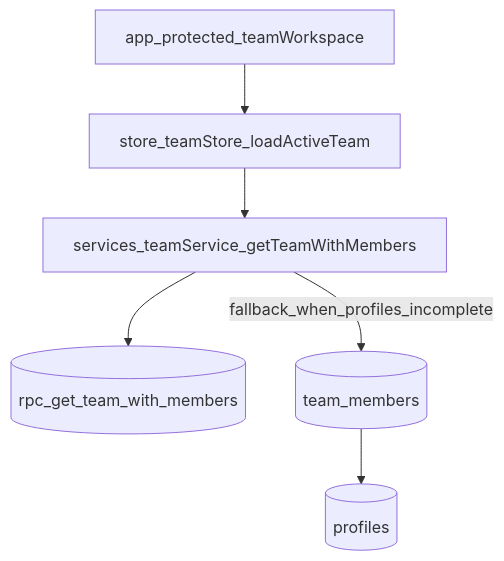
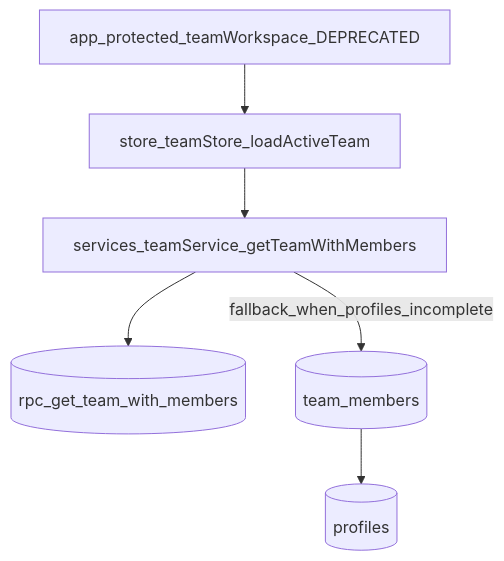
One commit to ilieBeracha/reticleapp changed diagram 11 of 13 in docs/data-flow-map.md. Above: the diagram before and after it, drawn with Mermaid. The commit also changed other lines of this file and 3 other files, not shown here.

Commit message:
Refactor: Consolidate team workspace into Team tab

````diff
--- a/docs/data-flow-map.md
+++ b/docs/data-flow-map.md
@@ -100,8 +118,8 @@
 ```mermaid
 flowchart TD
-  TeamWorkspace[app_protected_teamWorkspace] --> teamStoreActive[store_teamStore_loadActiveTeam]
+  TeamWorkspace[app_protected_teamWorkspace_DEPRECATED] --> teamStoreActive[store_teamStore_loadActiveTeam]
   teamStoreActive --> rpcTeamWithMembers[services_teamService_getTeamWithMembers]
   rpcTeamWithMembers --> rpc[(rpc_get_team_with_members)]
   rpcTeamWithMembers -->|fallback_when_profiles_incomplete| teamMembers[(team_members)]
   teamMembers --> profiles[(profiles)]
 ```
````
